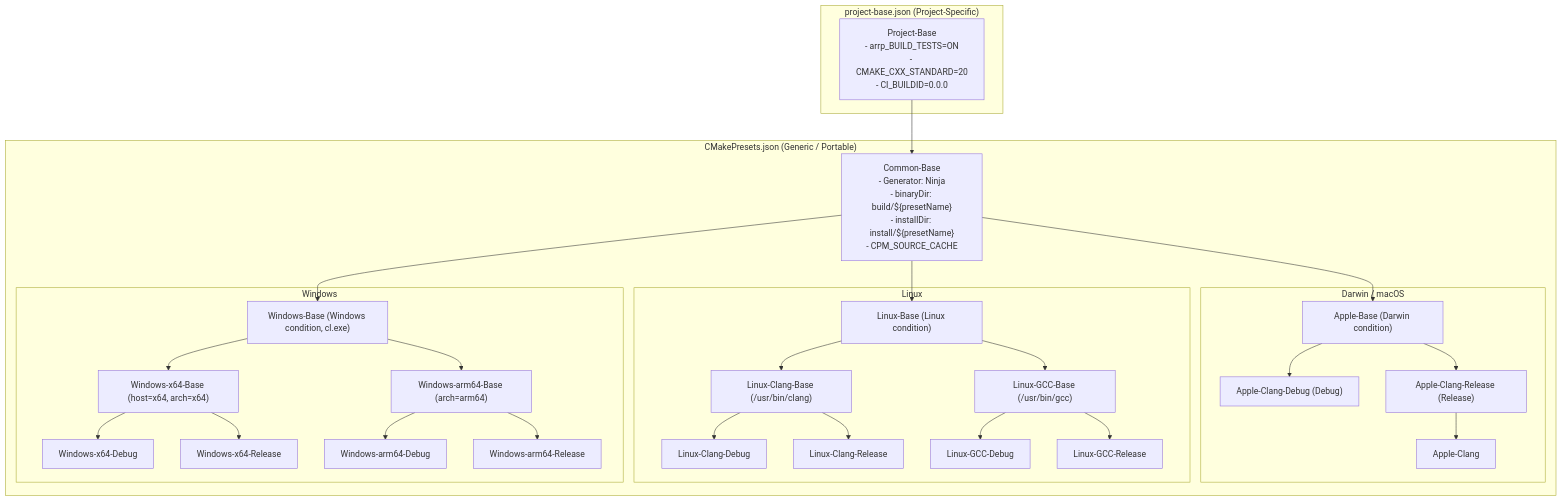
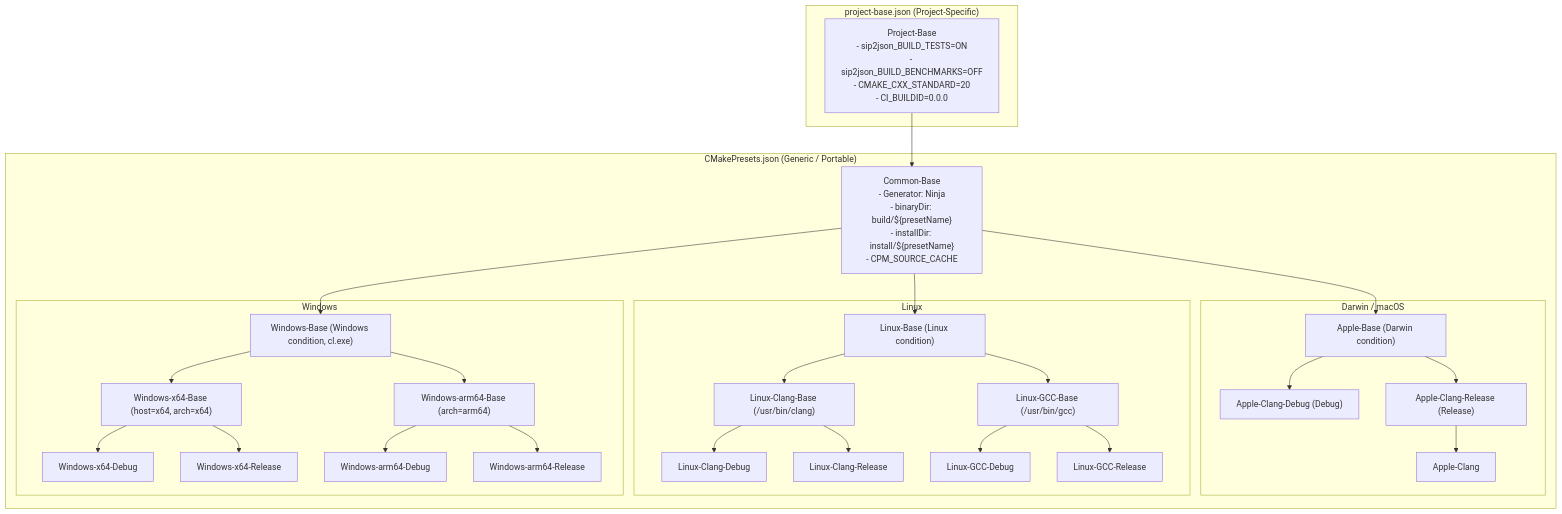
The diagram in docs/maintainers/cmake_presets.md (SiddiqSoft/arrp), drawn with Mermaid before and after one commit. The commit also changed other lines of this file and 94 other files, not shown here.

Commit message:
Rebuild arrp documentation from scratch matching sip2json structure, theme, layout, and conciseness

````diff
--- a/docs/maintainers/cmake_presets.md
+++ b/docs/maintainers/cmake_presets.md
@@ -11,53 +11,53 @@
 ```mermaid
 flowchart TD
     subgraph PB["project-base.json (Project-Specific)"]
-        PBase["Project-Base<br/>- arrp_BUILD_TESTS=ON<br/>- CMAKE_CXX_STANDARD=20<br/>- CI_BUILDID=0.0.0"]
+        PBase["Project-Base<br/>- sip2json_BUILD_TESTS=ON<br/>- sip2json_BUILD_BENCHMARKS=OFF<br/>- CMAKE_CXX_STANDARD=20<br/>- CI_BUILDID=0.0.0"]
     end
 
     subgraph CP["CMakePresets.json (Generic / Portable)"]
         CBase["Common-Base<br/>- Generator: Ninja<br/>- binaryDir: build/${presetName}<br/>- installDir: install/${presetName}<br/>- CPM_SOURCE_CACHE"]
 
         subgraph Darwin["Darwin / macOS"]
             ABase["Apple-Base (Darwin condition)"]
             ACDebug["Apple-Clang-Debug (Debug)"]
             ACRelease["Apple-Clang-Release (Release)"]
             ACDefault["Apple-Clang"]
         end
 
         subgraph Linux["Linux"]
             LBase["Linux-Base (Linux condition)"]
             LClangBase["Linux-Clang-Base (/usr/bin/clang)"]
             LGCCBase["Linux-GCC-Base (/usr/bin/gcc)"]
             LCDebug["Linux-Clang-Debug"]
             LCRelease["Linux-Clang-Release"]
             LGDebug["Linux-GCC-Debug"]
             LGRelease["Linux-GCC-Release"]
         end
 
         subgraph Windows["Windows"]
             WBase["Windows-Base (Windows condition, cl.exe)"]
             Wx64Base["Windows-x64-Base (host=x64, arch=x64)"]
             WarmBase["Windows-arm64-Base (arch=arm64)"]
             Wx64Debug["Windows-x64-Debug"]
             Wx64Release["Windows-x64-Release"]
             WarmDebug["Windows-arm64-Debug"]
             WarmRelease["Windows-arm64-Release"]
         end
     end
 
     PBase --> CBase
     CBase --> ABase
     CBase --> LBase
     CBase --> WBase
 
     ABase --> ACDebug & ACRelease
     ACRelease --> ACDefault
 
     LBase --> LClangBase & LGCCBase
     LClangBase --> LCDebug & LCRelease
     LGCCBase --> LGDebug & LGRelease
 
     WBase --> Wx64Base & WarmBase
     Wx64Base --> Wx64Debug & Wx64Release
     WarmBase --> WarmDebug & WarmRelease
 ```
````
